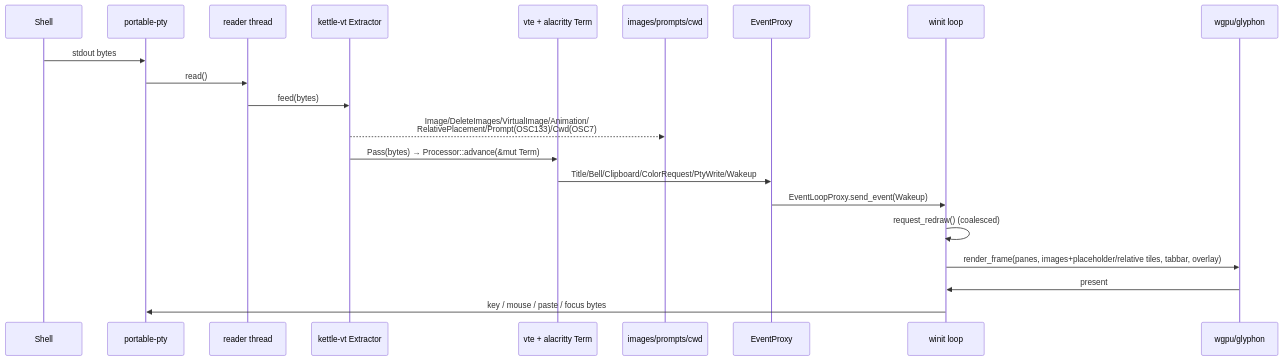
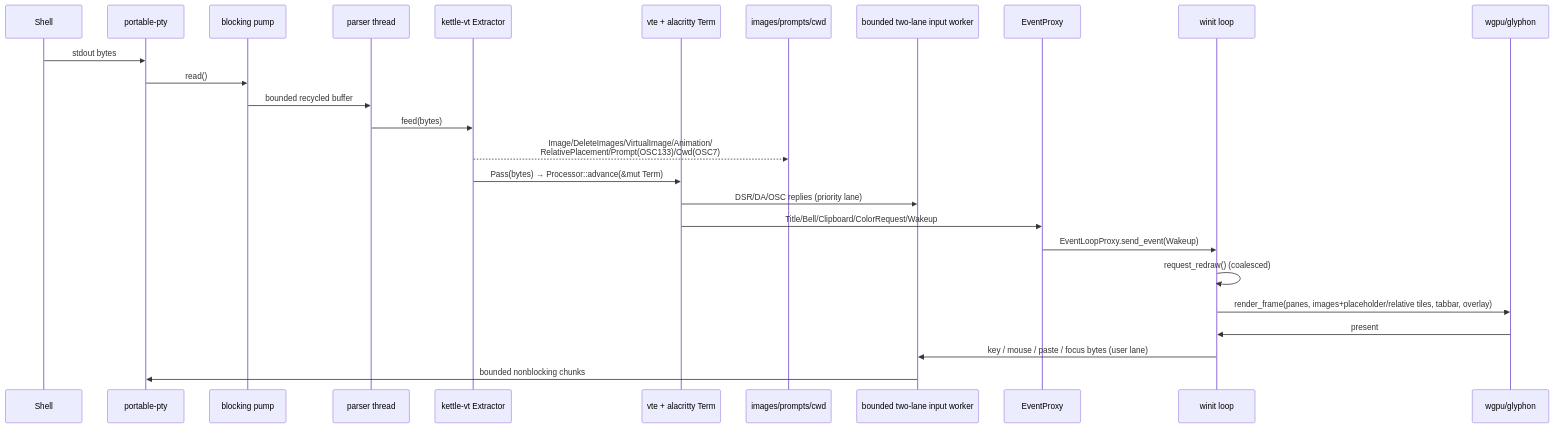
Before and after one commit to Reddimus/kettle: the third of 11 diagrams in docs/ARCHITECTURE.md, drawn with Mermaid. The commit also changed other lines of this file and 131 other files, not shown here.

````diff
--- a/docs/ARCHITECTURE.md
+++ b/docs/ARCHITECTURE.md
@@ -341,24 +451,29 @@
 ```mermaid
 sequenceDiagram
     participant Shell
     participant PTY as portable-pty
-    participant Reader as reader thread
+    participant Pump as blocking pump
+    participant Reader as parser thread
     participant Ext as kettle-vt Extractor
     participant VT as vte + alacritty Term
     participant Side as images/prompts/cwd
+    participant Input as bounded two-lane input worker
     participant Proxy as EventProxy
     participant UI as winit loop
     participant GPU as wgpu/glyphon
 
     Shell->>PTY: stdout bytes
-    PTY->>Reader: read()
+    PTY->>Pump: read()
+    Pump->>Reader: bounded recycled buffer
     Reader->>Ext: feed(bytes)
     Ext-->>Side: Image/DeleteImages/VirtualImage/Animation/<br/>RelativePlacement/Prompt(OSC133)/Cwd(OSC7)
     Ext->>VT: Pass(bytes) → Processor::advance(&mut Term)
-    VT->>Proxy: Title/Bell/Clipboard/ColorRequest/PtyWrite/Wakeup
+    VT->>Input: DSR/DA/OSC replies (priority lane)
+    VT->>Proxy: Title/Bell/Clipboard/ColorRequest/Wakeup
     Proxy->>UI: EventLoopProxy.send_event(Wakeup)
     UI->>UI: request_redraw() (coalesced)
     UI->>GPU: render_frame(panes, images+placeholder/relative tiles, tabbar, overlay)
     GPU->>UI: present
-    UI->>PTY: key / mouse / paste / focus bytes
+    UI->>Input: key / mouse / paste / focus bytes (user lane)
+    Input->>PTY: bounded nonblocking chunks
 ```
````
